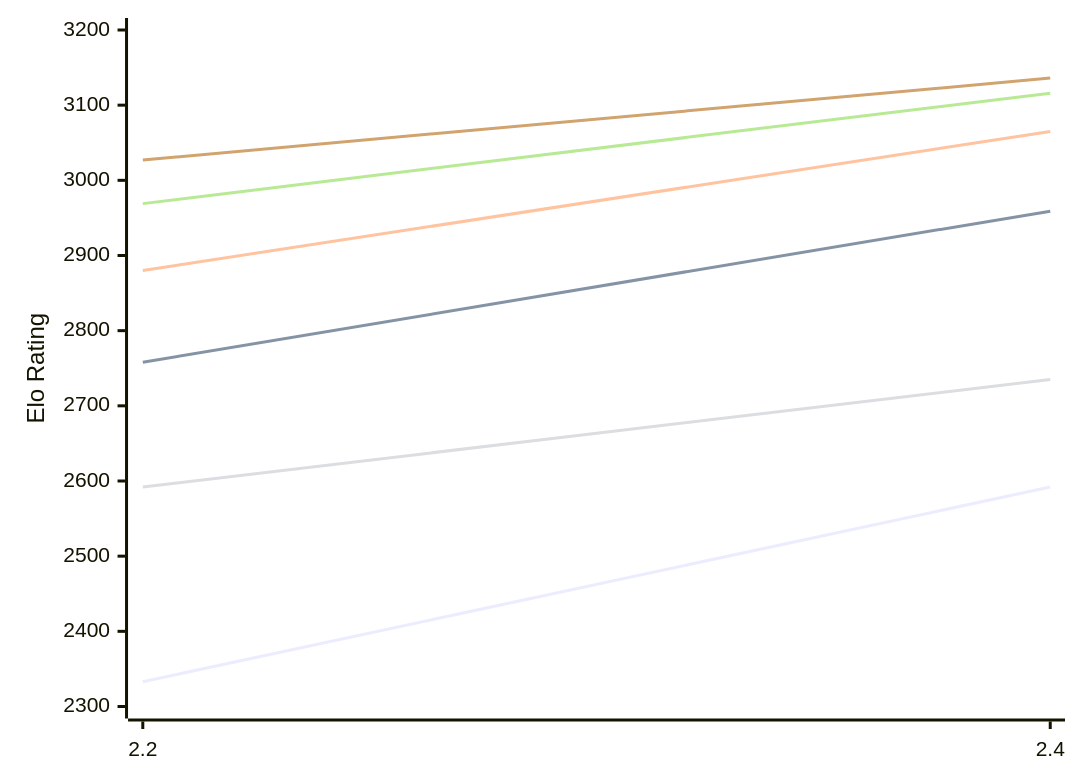
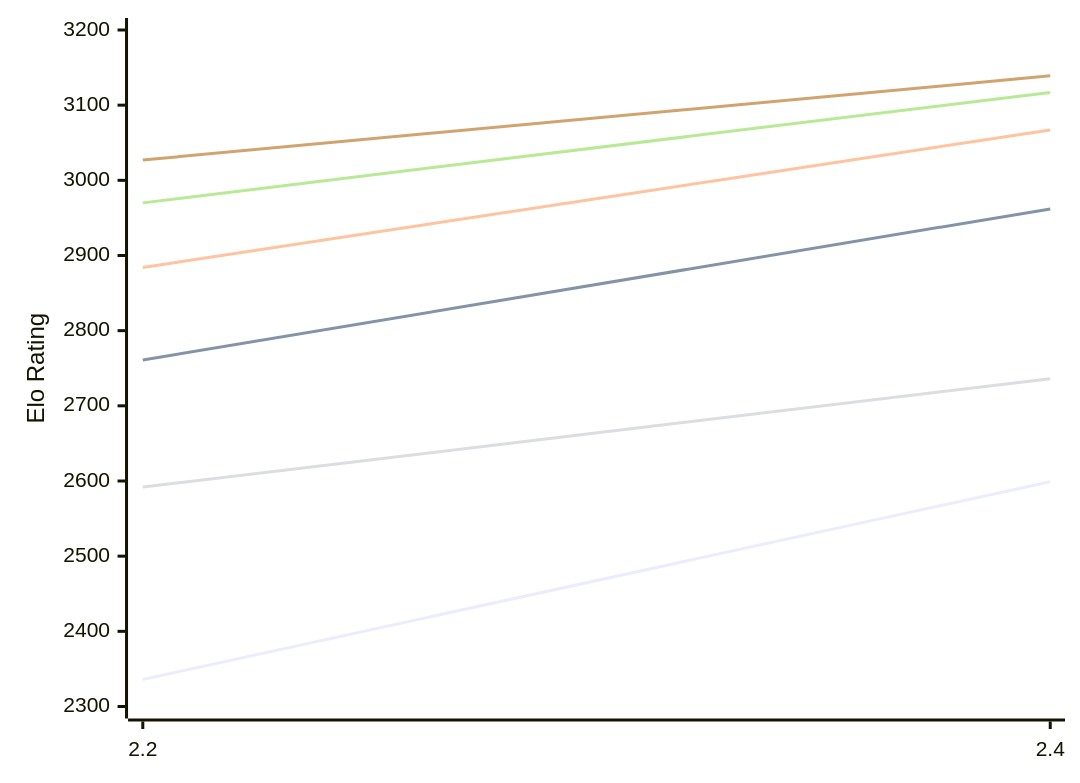
The first of 2 diagrams in engines/Sloth.md (computer-chess-index/cci), drawn with Mermaid before and after one commit. The commit also changed other lines of this file, not shown here.

Commit message:
Update CCI Ratings (ELO VLTC) - 2026-10-17

````diff
--- a/engines/Sloth.md
+++ b/engines/Sloth.md
@@ -50,12 +50,12 @@
 ```mermaid
 %%{init: {"theme":"base","themeVariables":{"seriesColors:['#a3a3a3','#222221','#faa371']}}}%%
 xychart-beta
   x-axis ["2.2", "2.4"]
   y-axis "Elo Rating" 2300 --> 3200
-  line "E1: STC (8.0+0.08s)" [2333, 2592]
-  line "E1: LTC (60.0+0.60s)" [2758, 2959]
-  line "E1: VLTC (2m24s+1.12s)" [2880, 3065]
-  line "P1: STC (8.0+0.08s)" [2592, 2735]
-  line "P1: LTC (60.0+0.60s)" [2969, 3116]
-  line "P1: VLTC (2m24s+1.12s)" [3027, 3136]
+  line "E1: STC (8.0+0.08s)" [2336, 2599]
+  line "E1: LTC (60.0+0.60s)" [2761, 2962]
+  line "E1: VLTC (2m24s+1.12s)" [2884, 3067]
+  line "P1: STC (8.0+0.08s)" [2592, 2736]
+  line "P1: LTC (60.0+0.60s)" [2970, 3117]
+  line "P1: VLTC (2m24s+1.12s)" [3027, 3139]
 ```
````
